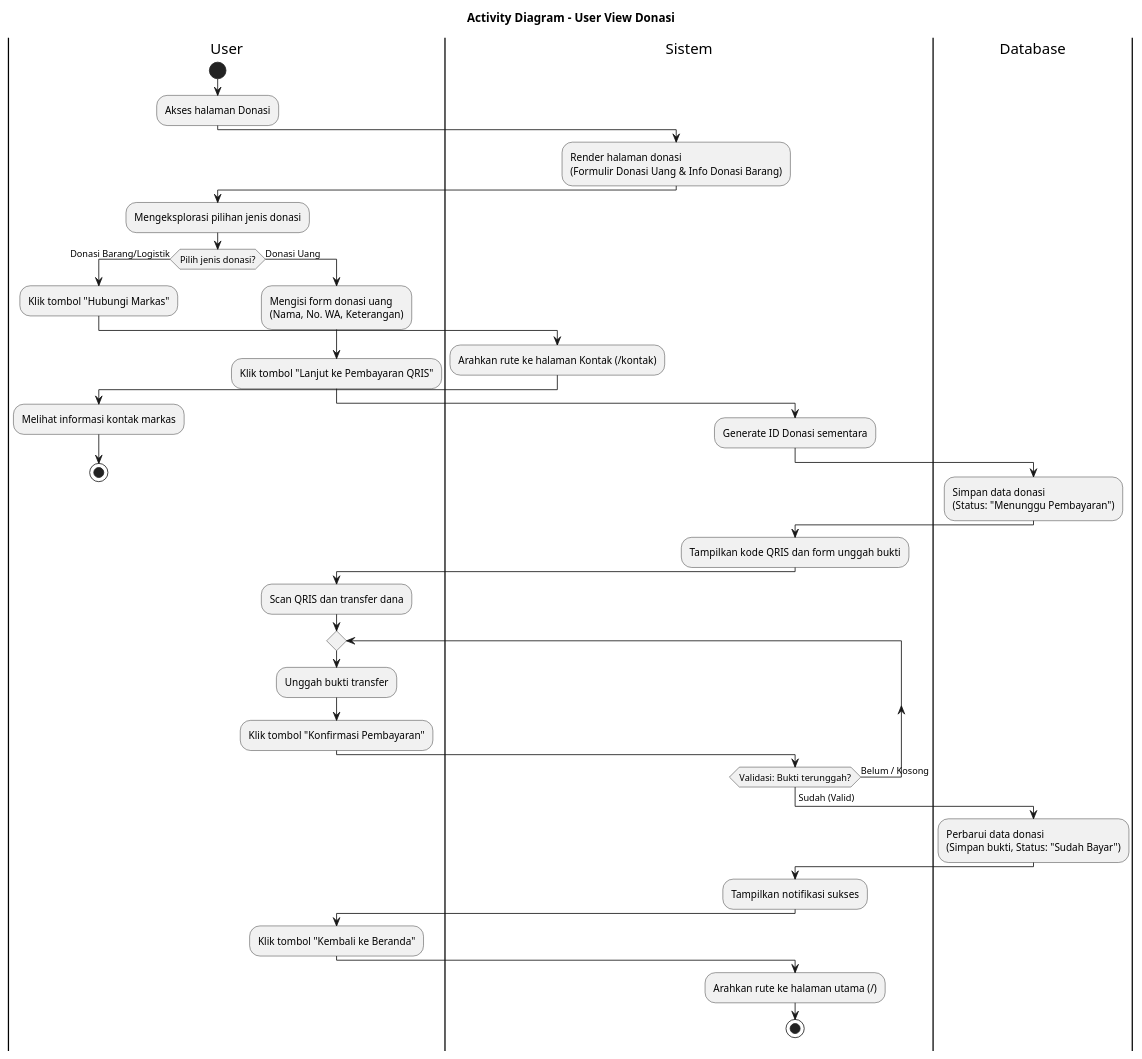
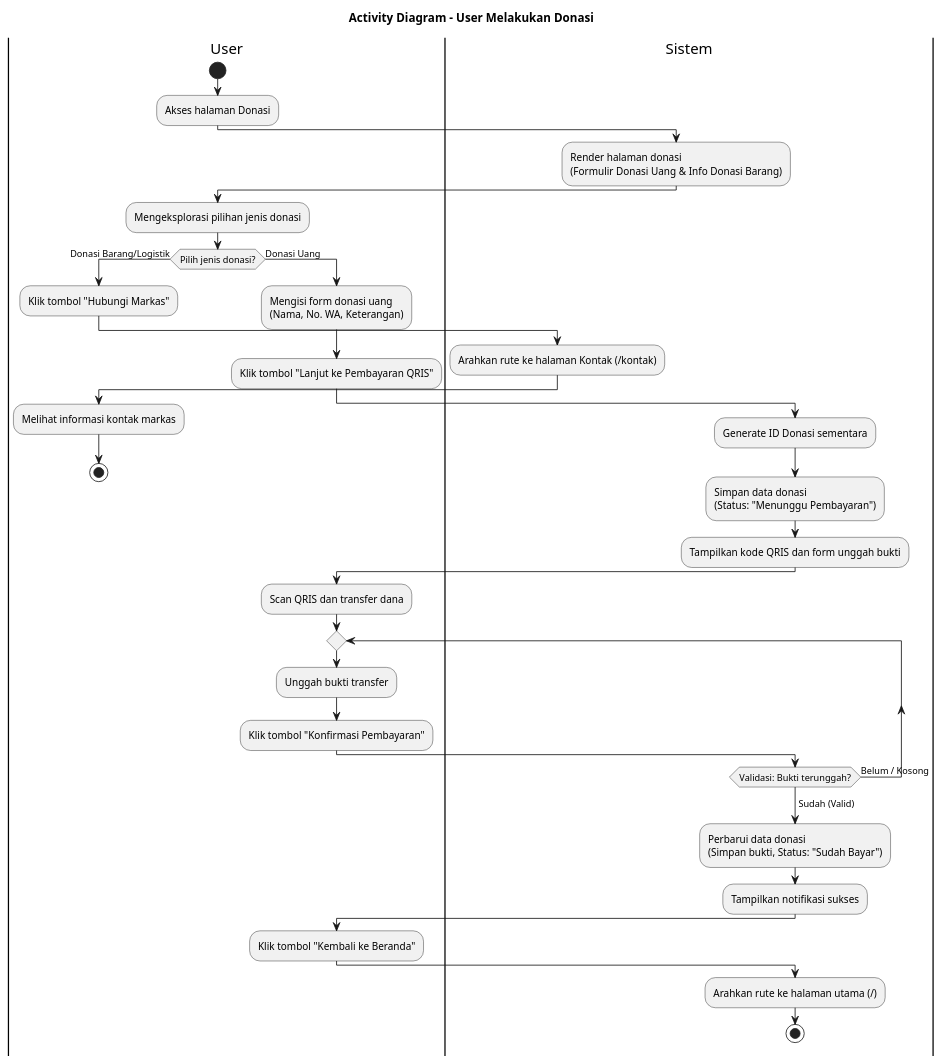
The diagram in diagram/activitydiagram_user_view_donasi.puml (jaddu17/capstonepmikp), drawn with PlantUML before and after one commit. The commit also changed 49 other files, not shown here.

```diff
--- a/diagram/activitydiagram_user_view_donasi.puml
+++ b/diagram/activitydiagram_user_view_donasi.puml
@@ -1,63 +1,57 @@
 @startuml ACTIVITY_DIAGRAM_USER_VIEW_DONASI_FINAL
-title Activity Diagram - User View Donasi
+title Activity Diagram - User Melakukan Donasi
 
 |User|
 start
 :Akses halaman Donasi;
 
 |Sistem|
 :Render halaman donasi\n(Formulir Donasi Uang & Info Donasi Barang);
 
 |User|
 :Mengeksplorasi pilihan jenis donasi;
 
 if (Pilih jenis donasi?) then (Donasi Barang/Logistik)
   :Klik tombol "Hubungi Markas";
   
   |Sistem|
   :Arahkan rute ke halaman Kontak (/kontak);
   
   |User|
   :Melihat informasi kontak markas;
   stop
 
 else (Donasi Uang)
   |User|
   :Mengisi form donasi uang\n(Nama, No. WA, Keterangan);
   :Klik tombol "Lanjut ke Pembayaran QRIS";
   
   |Sistem|
   :Generate ID Donasi sementara;
-  
-  |Database|
   :Simpan data donasi\n(Status: "Menunggu Pembayaran");
-  
-  |Sistem|
   :Tampilkan kode QRIS dan form unggah bukti;
   
   |User|
   :Scan QRIS dan transfer dana;
   
   repeat
     |User|
     :Unggah bukti transfer;
     :Klik tombol "Konfirmasi Pembayaran";
     |Sistem|
   repeat while (Validasi: Bukti terunggah?) is (Belum / Kosong)
   ->Sudah (Valid);
 
-  |Database|
+  |Sistem|
   :Perbarui data donasi\n(Simpan bukti, Status: "Sudah Bayar");
-  
-  |Sistem|
   :Tampilkan notifikasi sukses;
   
   |User|
   :Klik tombol "Kembali ke Beranda";
   
   |Sistem|
   :Arahkan rute ke halaman utama (/);
   stop
 endif
 
 @enduml
```
